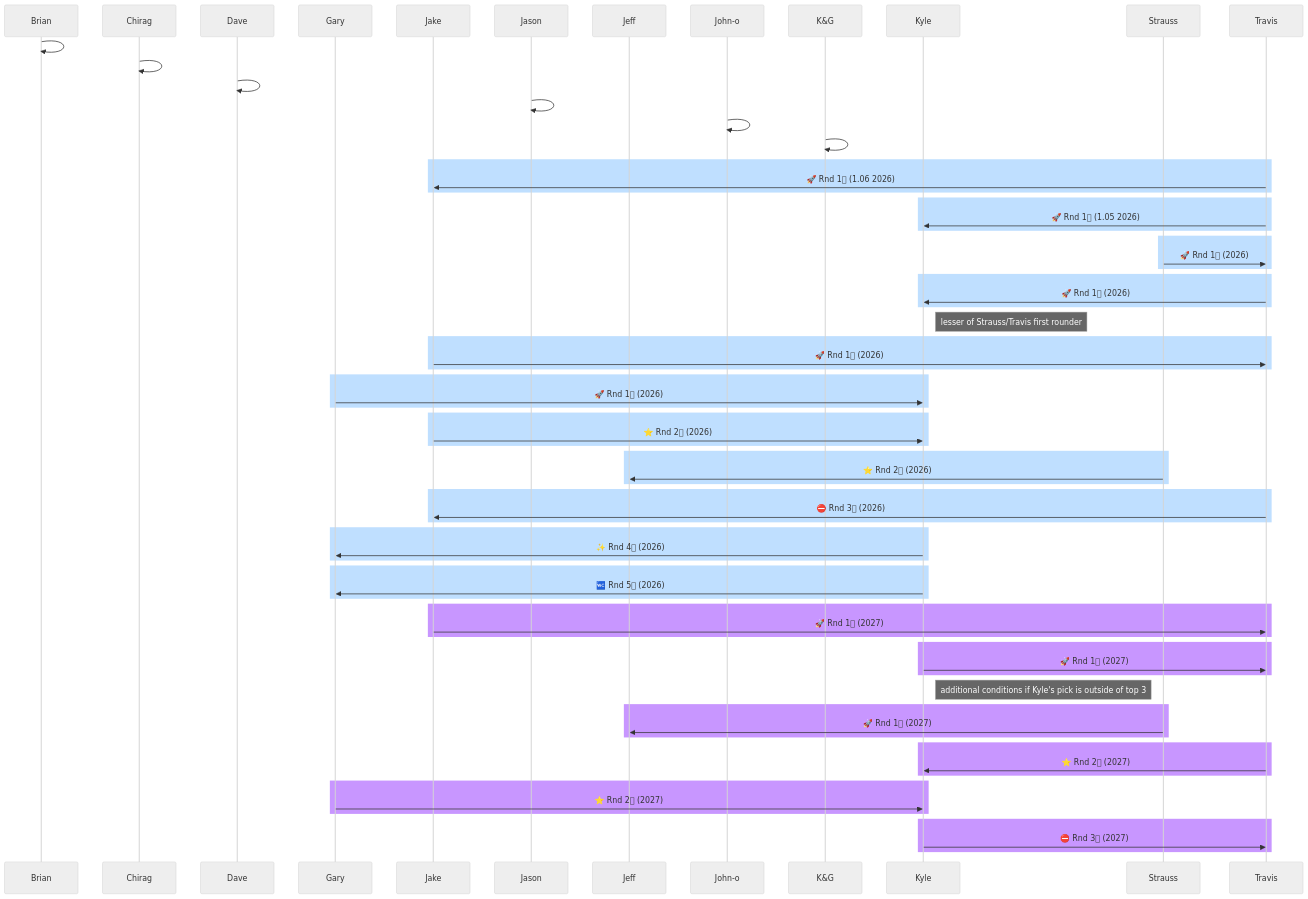
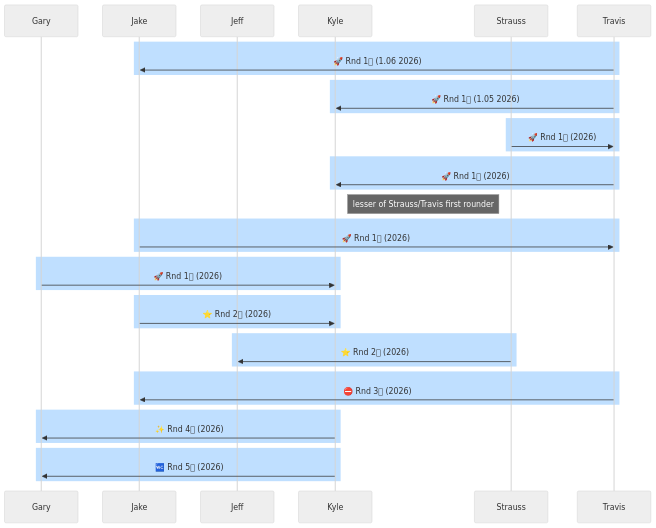
The second of 2 diagrams in phantazee.qmd (jtkulas/kittywampas), drawn with Mermaid (neutral theme) before and after one commit. The commit also changed other lines of this file and 5 other files, not shown here.

Commit message:
fig caps on charts - took 26 picks off total swap chart after drapht

````diff
--- a/phantazee.qmd
+++ b/phantazee.qmd
@@ -90,76 +96,48 @@
 ```{mermaid}
-%%| mermaid-format: png
 %%| fig-width: 8
+%%| label: fig-twentysix
+%%| fig-cap: "Individual drapht pick trades (2026)"
 sequenceDiagram
-participant Brian
-participant Chirag
-participant Dave
 participant Gary
 participant Jake
-participant Jason
 participant Jeff
-participant John-o
-participant K&G
 participant Kyle
 participant Strauss
 participant Travis
-Brian->>Brian:  
-Chirag->>Chirag:  
-Dave->>Dave:  
-Jason->>Jason:  
-John-o->>John-o:  
-K&G->>K&G:  
+
 rect rgb(191, 223, 255)
 Travis->>Jake: 🚀 Rnd 1⃣ (1.06 2026)
 end
 rect rgb(191, 223, 255)
 Travis->>Kyle: 🚀 Rnd 1⃣ (1.05 2026)
 end
 rect rgb(191, 223, 255)
 Strauss->>Travis: 🚀 Rnd 1⃣ (2026)
 end
 rect rgb(191, 223, 255)
 Travis->>Kyle: 🚀 Rnd 1⃣ (2026)
 end
 Note right of Kyle: lesser of Strauss/Travis first rounder
 rect rgb(191, 223, 255)
 Jake->>Travis: 🚀 Rnd 1⃣ (2026)
 end
 rect rgb(191, 223, 255)
 Gary->>Kyle: 🚀 Rnd 1⃣ (2026)
 end
 rect rgb(191, 223, 255)
 Jake->>Kyle: ⭐ Rnd 2⃣ (2026)
 end
 rect rgb(191, 223, 255)
 Strauss->>Jeff: ⭐ Rnd 2⃣ (2026)
 end
 rect rgb(191, 223, 255)
 Travis->>Jake: ⛔ Rnd 3⃣ (2026)
 end
 rect rgb(191, 223, 255)
 Kyle->>Gary: ✨ Rnd 4⃣ (2026)
 end
 rect rgb(191, 223, 255)
 Kyle->>Gary: 🚾 Rnd 5⃣ (2026)
 end
-rect rgb(200, 150, 255)
-Jake->>Travis: 🚀 Rnd 1⃣ (2027) 
-end
-rect rgb(200, 150, 255)
-Kyle->>Travis: 🚀 Rnd 1⃣ (2027) 
-end
-Note right of Kyle: additional conditions if Kyle's pick is outside of top 3
-rect rgb(200, 150, 255)
-Strauss->>Jeff: 🚀 Rnd 1⃣ (2027) 
-end
-rect rgb(200, 150, 255)
-Travis->>Kyle: ⭐ Rnd 2⃣ (2027)
-end
-rect rgb(200, 150, 255)
-Gary->>Kyle: ⭐ Rnd 2⃣ (2027)
-end
-rect rgb(200, 150, 255)
-Kyle->>Travis: ⛔ Rnd 3⃣ (2027)
-end
+
 ```
````
